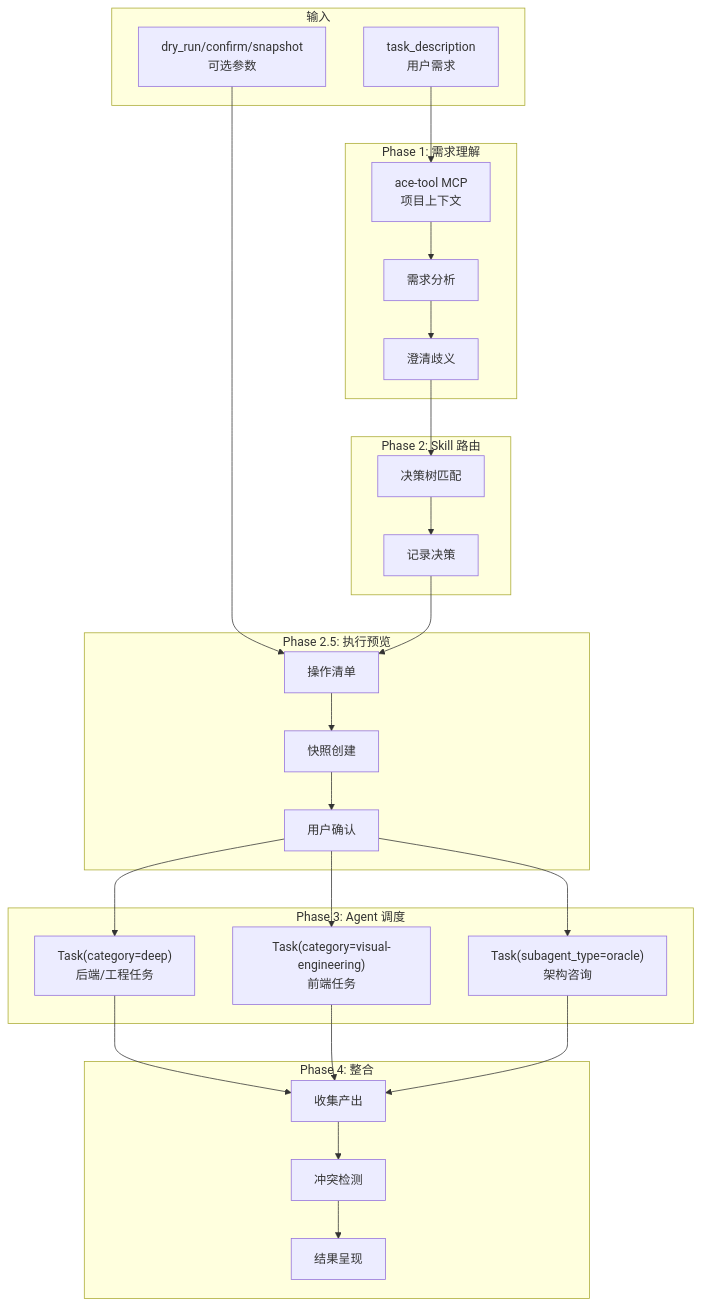
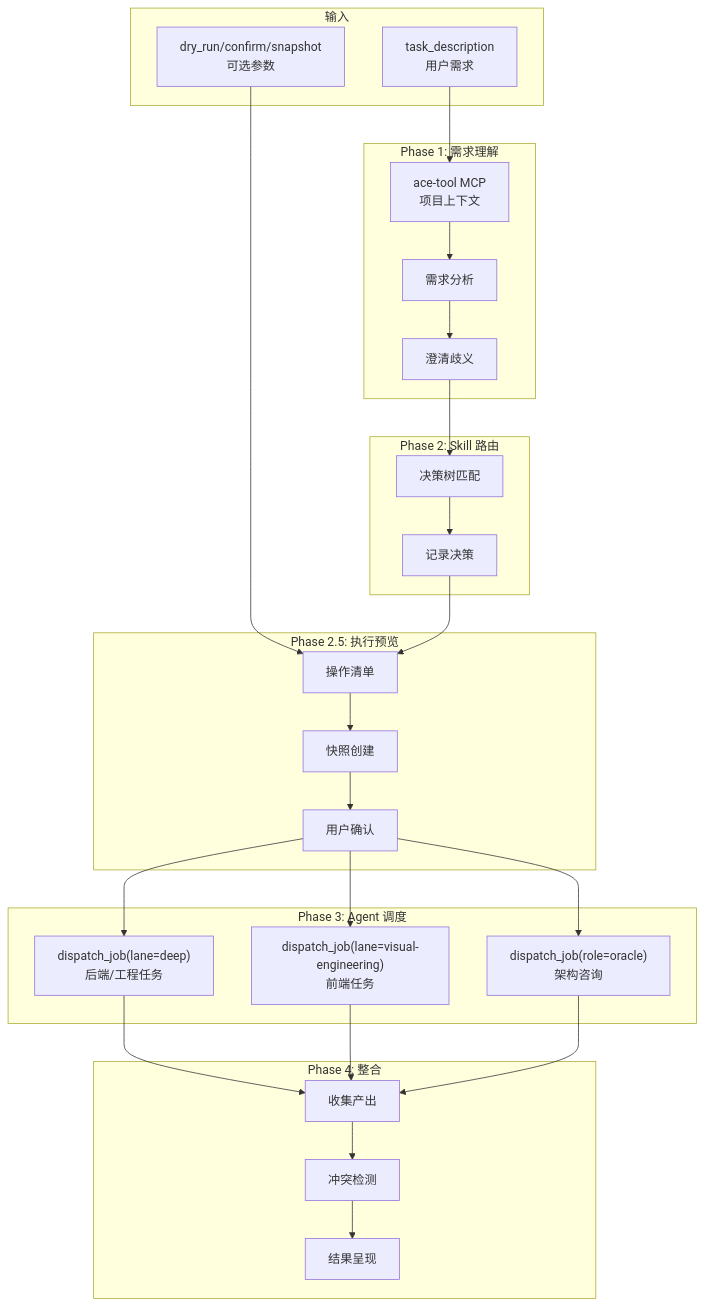
One commit to iwen-conf/Skills changed the diagram in agent/CLAUDE.md. Above: the diagram before and after it, drawn with Mermaid. The commit also changed other lines of this file and 53 other files, not shown here.

````diff
--- a/agent/CLAUDE.md
+++ b/agent/CLAUDE.md
@@ -201,54 +201,54 @@
 ```mermaid
 graph TD
     subgraph 输入
         TASK["task_description<br/>用户需求"]
         OPT["dry_run/confirm/snapshot<br/>可选参数"]
     end
 
     subgraph Phase1[Phase 1: 需求理解]
         CTX["ace-tool MCP<br/>项目上下文"]
         ANALYZE["需求分析"]
         CLARIFY["澄清歧义"]
     end
 
     subgraph Phase2[Phase 2: Skill 路由]
         ROUTE["决策树匹配"]
         LOG["记录决策"]
     end
 
     subgraph Phase2_5[Phase 2.5: 执行预览]
         PREVIEW["操作清单"]
         SNAP["快照创建"]
         CONFIRM["用户确认"]
     end
 
     subgraph Phase3[Phase 3: Agent 调度]
-        DEEP["Task(category=deep)<br/>后端/工程任务"]
-        VIS["Task(category=visual-engineering)<br/>前端任务"]
-        ORACLE["Task(subagent_type=oracle)<br/>架构咨询"]
+        DEEP["dispatch_job(lane=deep)<br/>后端/工程任务"]
+        VIS["dispatch_job(lane=visual-engineering)<br/>前端任务"]
+        ORACLE["dispatch_job(role=oracle)<br/>架构咨询"]
     end
 
     subgraph Phase4[Phase 4: 整合]
         COLLECT["收集产出"]
         CONFLICT["冲突检测"]
         PRESENT["结果呈现"]
     end
 
     TASK --> CTX
     OPT --> PREVIEW
     CTX --> ANALYZE
     ANALYZE --> CLARIFY
     CLARIFY --> ROUTE
     ROUTE --> LOG
     LOG --> PREVIEW
     PREVIEW --> SNAP
     SNAP --> CONFIRM
     CONFIRM --> DEEP
     CONFIRM --> VIS
     CONFIRM --> ORACLE
     DEEP --> COLLECT
     VIS --> COLLECT
     ORACLE --> COLLECT
     COLLECT --> CONFLICT
     CONFLICT --> PRESENT
 ```
````
